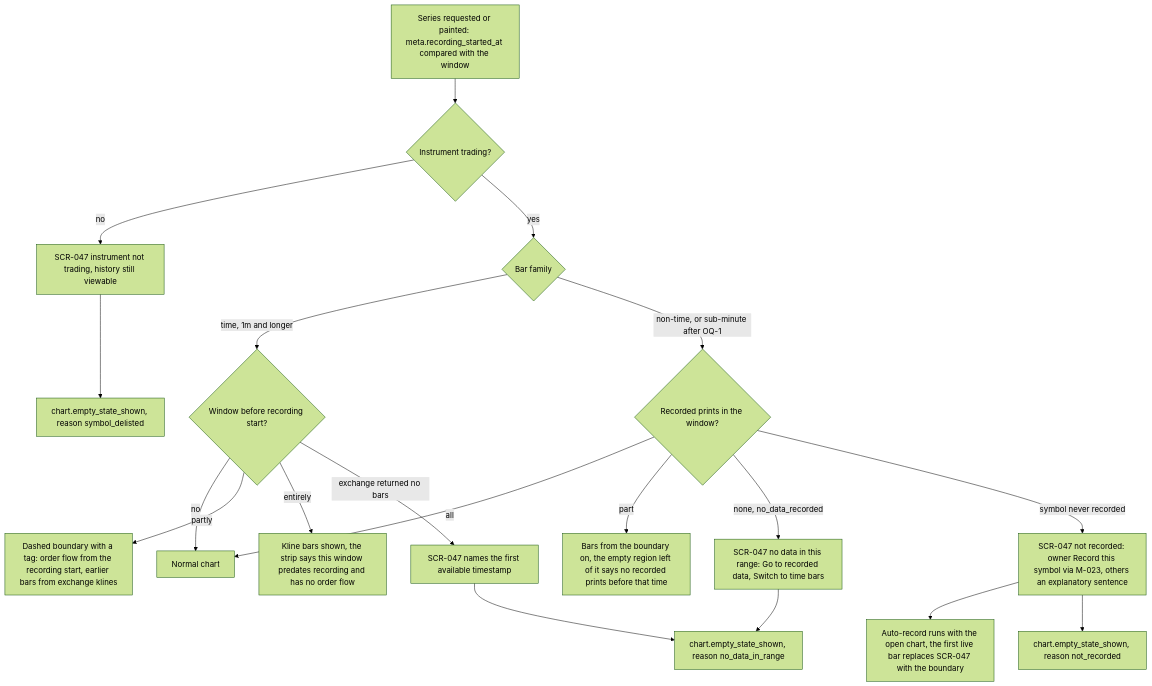
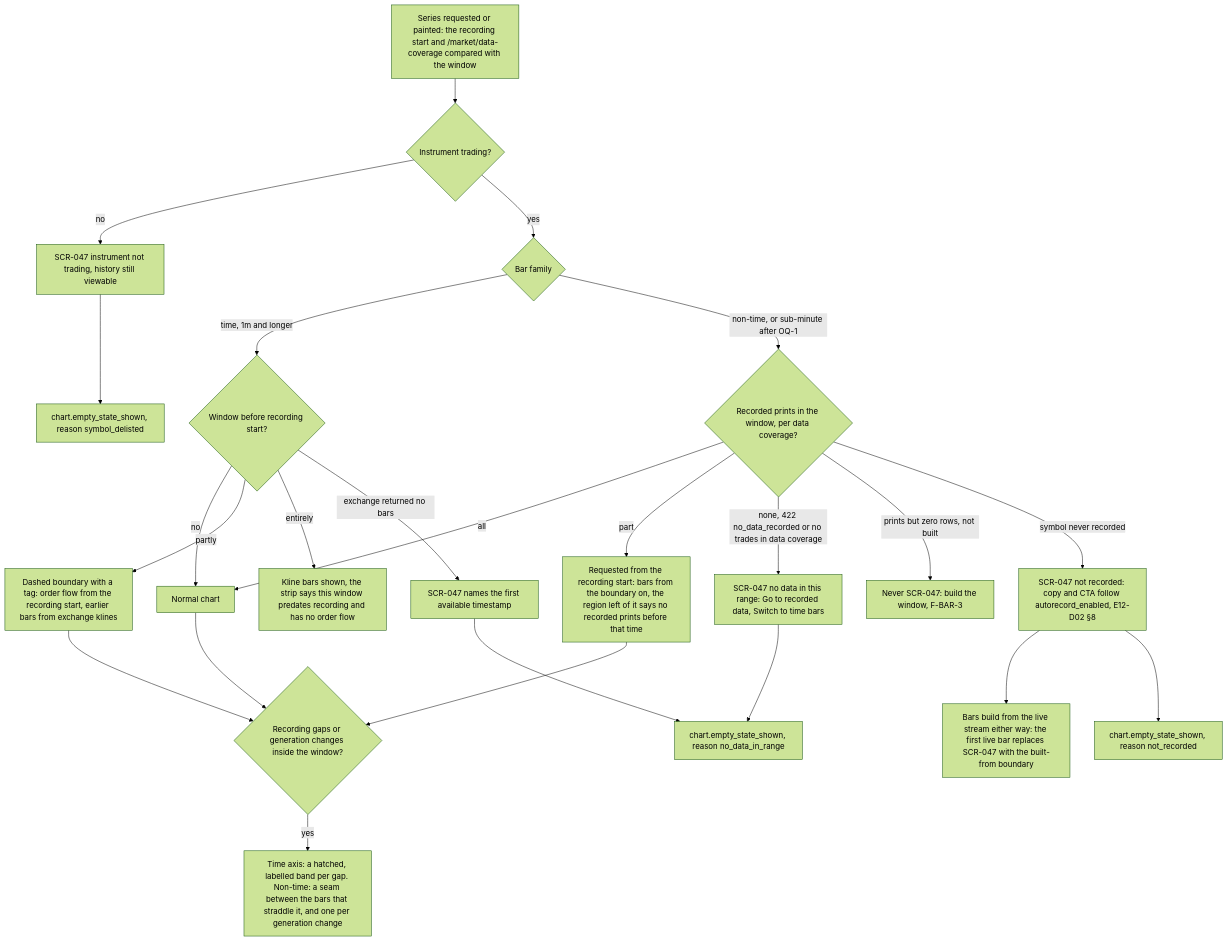
Before and after one commit to CandleViewer/CandleViewer: diagram 30 of 30 in docs/plan/13-user-flows.md, drawn with Mermaid (forest theme). The commit also changed other lines of this file and 1 other file, not shown here.

First line of the commit message:
docs(chart-engine): fold the round-1 review into the F-BAR flows and SCR-030 matrix

````diff
--- a/docs/plan/13-user-flows.md
+++ b/docs/plan/13-user-flows.md
@@ -864,21 +876,26 @@
 ```mermaid
 flowchart TD
-  A5["Series requested or painted: meta.recording_started_at compared with the window"] --> Z5{"Instrument trading?"}
+  A5["Series requested or painted: the recording start and /market/data-coverage compared with the window"] --> Z5{"Instrument trading?"}
   Z5 -->|no| L5["SCR-047 instrument not trading, history still viewable"]
   Z5 -->|yes| B5{"Bar family"}
   B5 -->|time, 1m and longer| C5{"Window before recording start?"}
   C5 -->|no| D5["Normal chart"]
   C5 -->|partly| E5["Dashed boundary with a tag: order flow from the recording start, earlier bars from exchange klines"]
   C5 -->|entirely| F5["Kline bars shown, the strip says this window predates recording and has no order flow"]
   C5 -->|exchange returned no bars| M5["SCR-047 names the first available timestamp"]
-  B5 -->|non-time, or sub-minute after OQ-1| G5{"Recorded prints in the window?"}
+  B5 -->|non-time, or sub-minute after OQ-1| G5{"Recorded prints in the window, per data coverage?"}
   G5 -->|all| D5
-  G5 -->|part| H5["Bars from the boundary on, the empty region left of it says no recorded prints before that time"]
-  G5 -->|none, no_data_recorded| I5["SCR-047 no data in this range: Go to recorded data, Switch to time bars"]
-  G5 -->|symbol never recorded| J5["SCR-047 not recorded: owner Record this symbol via M-023, others an explanatory sentence"]
-  J5 --> K5["Auto-record runs with the open chart, the first live bar replaces SCR-047 with the boundary"]
+  G5 -->|part| H5["Requested from the recording start: bars from the boundary on, the region left of it says no recorded prints before that time"]
+  G5 -->|none, 422 no_data_recorded or no trades in data coverage| I5["SCR-047 no data in this range: Go to recorded data, Switch to time bars"]
+  G5 -->|prints but zero rows, not built| Q5["Never SCR-047: build the window, F-BAR-3"]
+  G5 -->|symbol never recorded| J5["SCR-047 not recorded: copy and CTA follow autorecord_enabled, E12-D02 §8"]
+  J5 --> K5["Bars build from the live stream either way: the first live bar replaces SCR-047 with the built-from boundary"]
+  D5 --> R5{"Recording gaps or generation changes inside the window?"}
+  E5 --> R5
+  H5 --> R5
+  R5 -->|yes| S5["Time axis: a hatched, labelled band per gap. Non-time: a seam between the bars that straddle it, and one per generation change"]
   I5 --> N5["chart.empty_state_shown, reason no_data_in_range"]
   M5 --> N5
   J5 --> O5["chart.empty_state_shown, reason not_recorded"]
   L5 --> P5["chart.empty_state_shown, reason symbol_delisted"]
 ```
````
